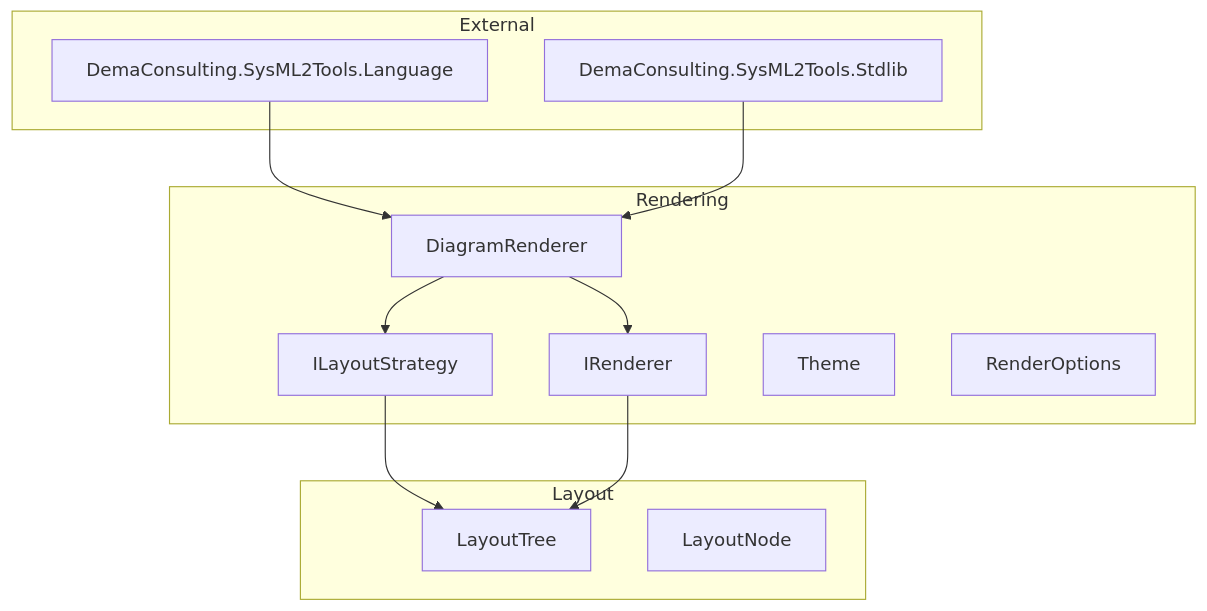
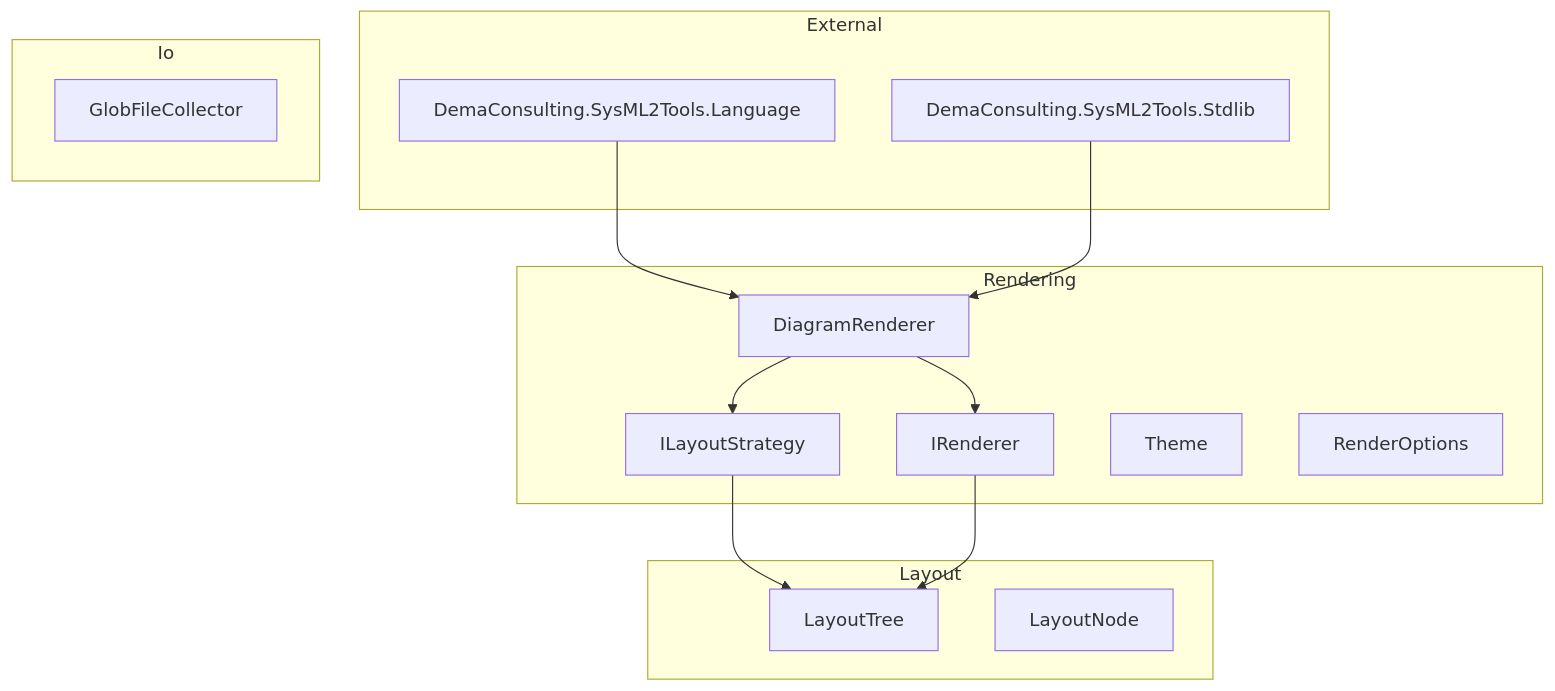
Before and after one commit to demaconsulting/SysML2Tools: the diagram in docs/design/sysml2-tools-core.md, drawn with Mermaid. The commit also changed other lines of this file and 31 other files, not shown here.

````diff
--- a/docs/design/sysml2-tools-core.md
+++ b/docs/design/sysml2-tools-core.md
@@ -19,24 +21,27 @@
 ```mermaid
 flowchart TD
     subgraph External
         Language["DemaConsulting.SysML2Tools.Language"]
         Stdlib["DemaConsulting.SysML2Tools.Stdlib"]
     end
     subgraph Layout
         LayoutTree
         LayoutNode
     end
     subgraph Rendering
         DiagramRenderer
         ILayoutStrategy
         IRenderer
         Theme
         RenderOptions
     end
+    subgraph Io
+        GlobFileCollector
+    end
     Language --> DiagramRenderer
     Stdlib --> DiagramRenderer
     DiagramRenderer --> ILayoutStrategy
     DiagramRenderer --> IRenderer
     ILayoutStrategy --> LayoutTree
     IRenderer --> LayoutTree
 ```
````
